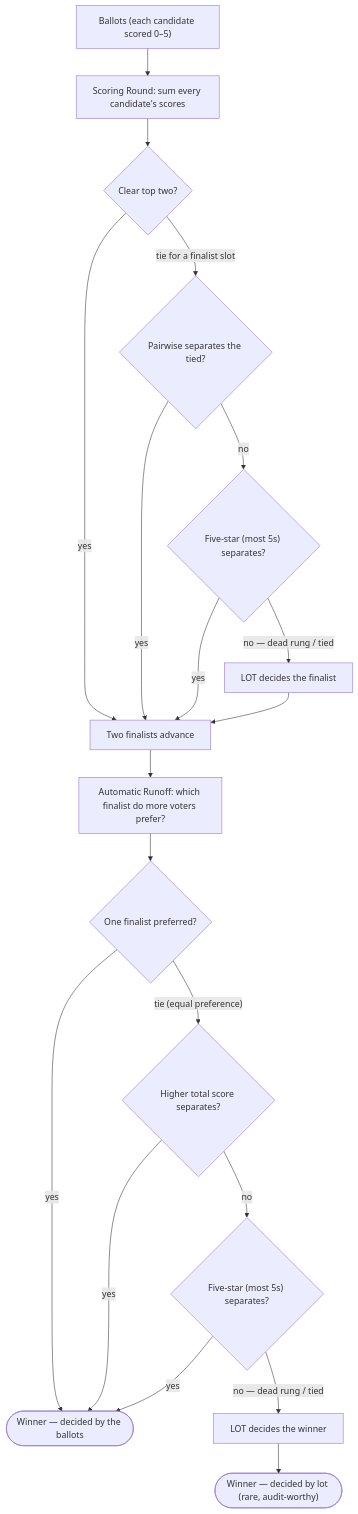
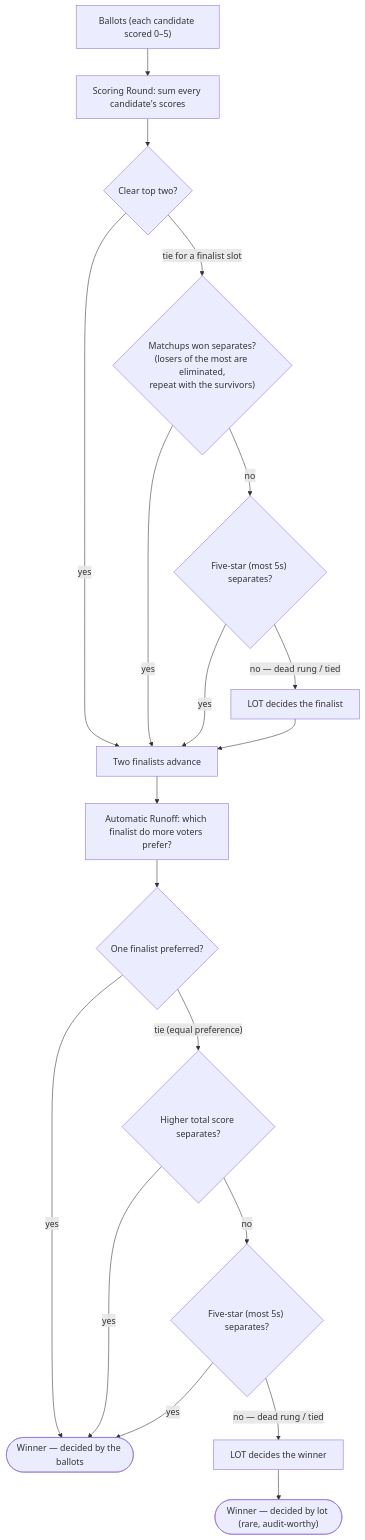
Before and after one commit to masiarek/star-voting-library: the diagram in 07_Concepts/topics/ties/why_contrived_tie_cases.md, drawn with Mermaid. The commit also changed other lines of this file and 49 other files, not shown here.

````diff
--- a/07_Concepts/topics/ties/why_contrived_tie_cases.md
+++ b/07_Concepts/topics/ties/why_contrived_tie_cases.md
@@ -34,21 +34,21 @@
 ```mermaid
 flowchart TD
     A["Ballots (each candidate scored 0–5)"] --> B["Scoring Round: sum every candidate's scores"]
     B --> C{"Clear top two?"}
     C -->|yes| E["Two finalists advance"]
-    C -->|"tie for a finalist slot"| D1{"Pairwise separates the tied?"}
+    C -->|"tie for a finalist slot"| D1{"Matchups won separates?<br/>(losers of the most are eliminated,<br/>repeat with the survivors)"}
     D1 -->|yes| E
     D1 -->|no| D2{"Five-star (most 5s) separates?"}
     D2 -->|yes| E
     D2 -->|"no — dead rung / tied"| D3["LOT decides the finalist"]
     D3 --> E
     E --> F["Automatic Runoff: which finalist do more voters prefer?"]
     F --> G{"One finalist preferred?"}
     G -->|yes| W(["Winner — decided by the ballots"])
     G -->|"tie (equal preference)"| H1{"Higher total score separates?"}
     H1 -->|yes| W
     H1 -->|no| H2{"Five-star (most 5s) separates?"}
     H2 -->|yes| W
     H2 -->|"no — dead rung / tied"| H3["LOT decides the winner"]
     H3 --> WL(["Winner — decided by lot (rare, audit-worthy)"])
 ```
````
